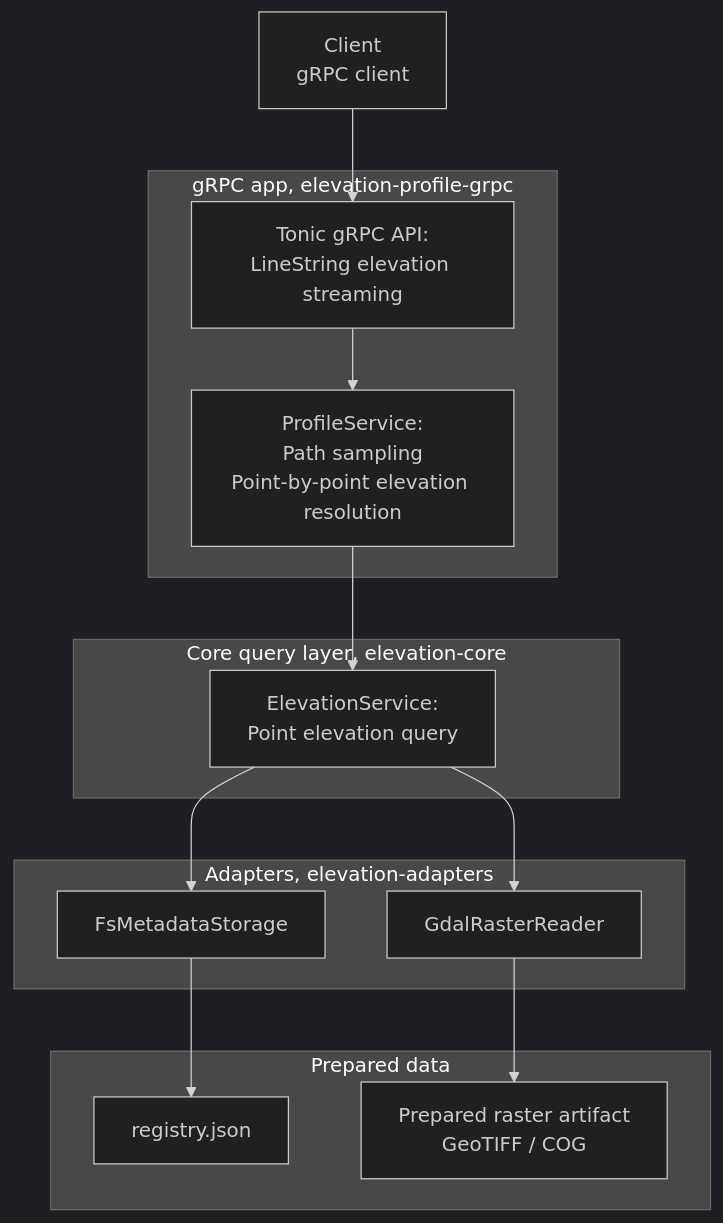
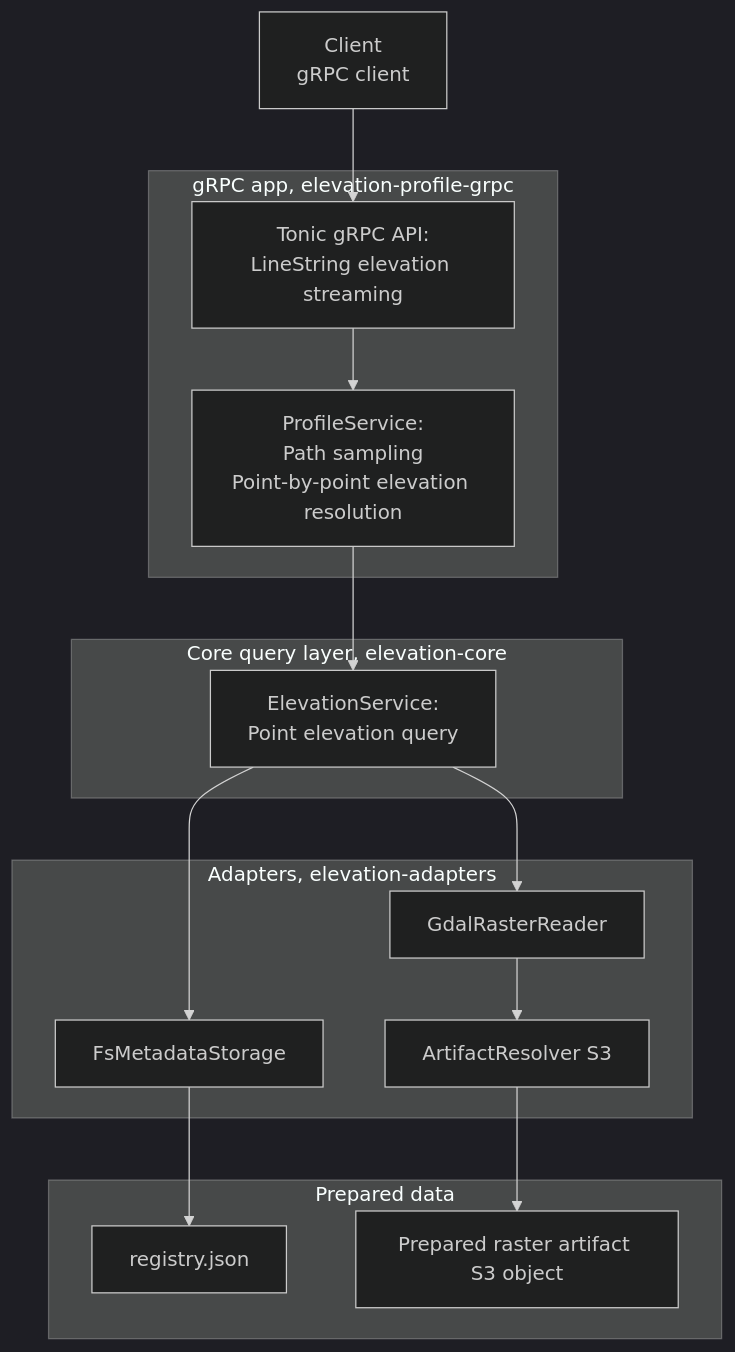
The diagram in elevation-profile-grpc/README.md (pokhanto/georaster-kit), drawn with Mermaid (dark theme) before and after one commit. The commit also changed 2 other files, not shown here.

Commit message:
Update readme to artifact resolvers

````diff
--- a/elevation-profile-grpc/README.md
+++ b/elevation-profile-grpc/README.md
@@ -7,31 +7,33 @@
 ```mermaid
 flowchart TD
     Client["Client<br/>gRPC client"]
 
     subgraph GrpcApp["gRPC app, elevation-profile-grpc"]
         Api["Tonic gRPC API:<br/>LineString elevation streaming"]
         ProfileService["ProfileService:<br/>Path sampling<br/>Point-by-point elevation resolution"]
     end
 
     subgraph Core["Core query layer, elevation-core"]
         ElevationService["ElevationService:<br/>Point elevation query"]
     end
 
     subgraph Adapters["Adapters, elevation-adapters"]
         Metadata["FsMetadataStorage"]
         Raster["GdalRasterReader"]
+        Resolver["ArtifactResolver S3"]
     end
 
     subgraph Data["Prepared data"]
         Registry["registry.json"]
-        Artifact["Prepared raster artifact<br/>GeoTIFF / COG"]
+        Artifact["Prepared raster artifact S3 object"]
     end
 
     Client --> Api
     Api --> ProfileService
     ProfileService --> ElevationService
     ElevationService --> Metadata
     ElevationService --> Raster
+    Raster --> Resolver
     Metadata --> Registry
-    Raster --> Artifact
+    Resolver --> Artifact
 ```
````
